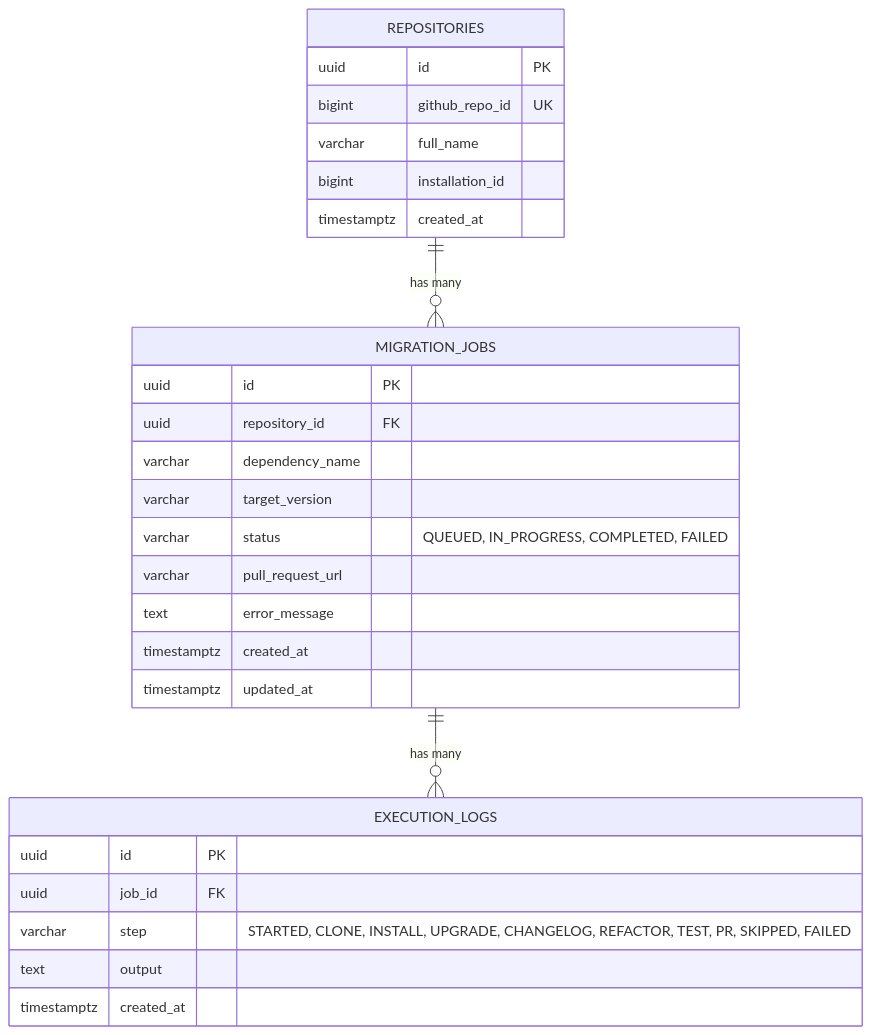
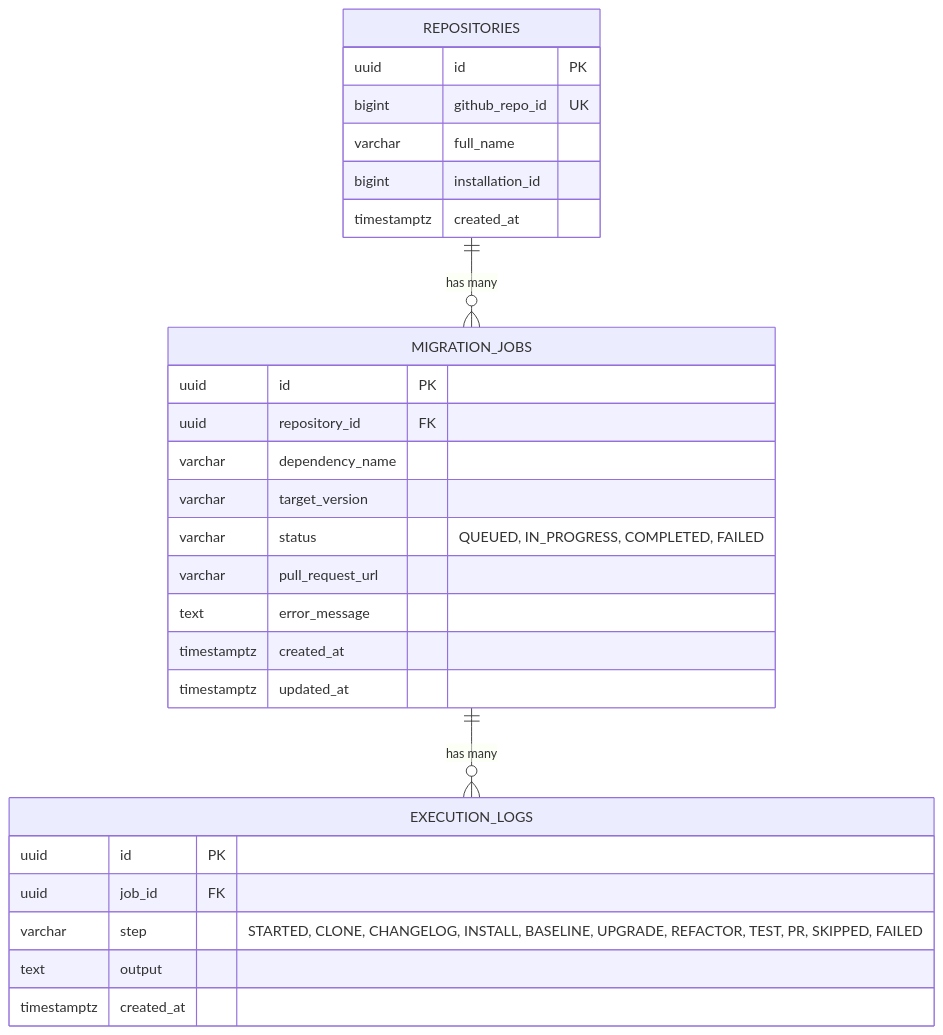
Before and after one commit to kiet08hogit/SyncLab: the sixth of 6 diagrams in README.md, drawn with Mermaid. The commit also changed other lines of this file, not shown here.

Commit message:
no-mistakes(document): Update README pipeline stage order with baseline stage

````diff
--- a/README.md
+++ b/README.md
@@ -338,33 +338,33 @@
 ```mermaid
 erDiagram
     REPOSITORIES ||--o{ MIGRATION_JOBS : "has many"
     MIGRATION_JOBS ||--o{ EXECUTION_LOGS : "has many"
 
     REPOSITORIES {
         uuid id PK
         bigint github_repo_id UK
         varchar full_name
         bigint installation_id
         timestamptz created_at
     }
 
     MIGRATION_JOBS {
         uuid id PK
         uuid repository_id FK
         varchar dependency_name
         varchar target_version
         varchar status "QUEUED, IN_PROGRESS, COMPLETED, FAILED"
         varchar pull_request_url
         text error_message
         timestamptz created_at
         timestamptz updated_at
     }
 
     EXECUTION_LOGS {
         uuid id PK
         uuid job_id FK
-        varchar step "STARTED, CLONE, INSTALL, UPGRADE, CHANGELOG, REFACTOR, TEST, PR, SKIPPED, FAILED"
+        varchar step "STARTED, CLONE, CHANGELOG, INSTALL, BASELINE, UPGRADE, REFACTOR, TEST, PR, SKIPPED, FAILED"
         text output
         timestamptz created_at
     }
 ```
````
